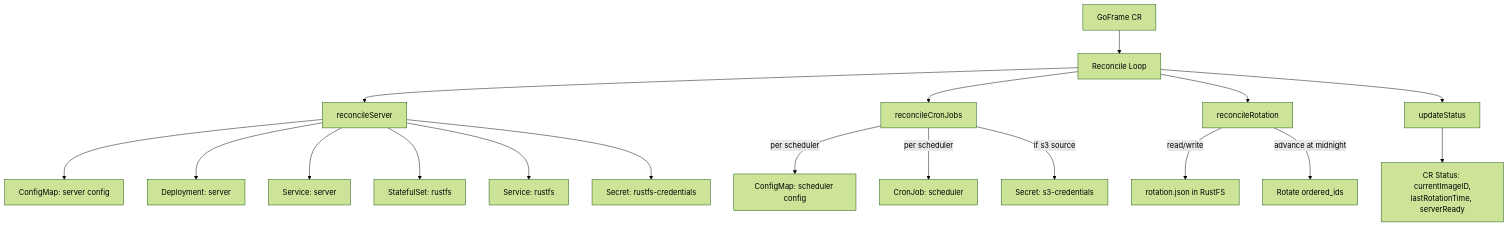
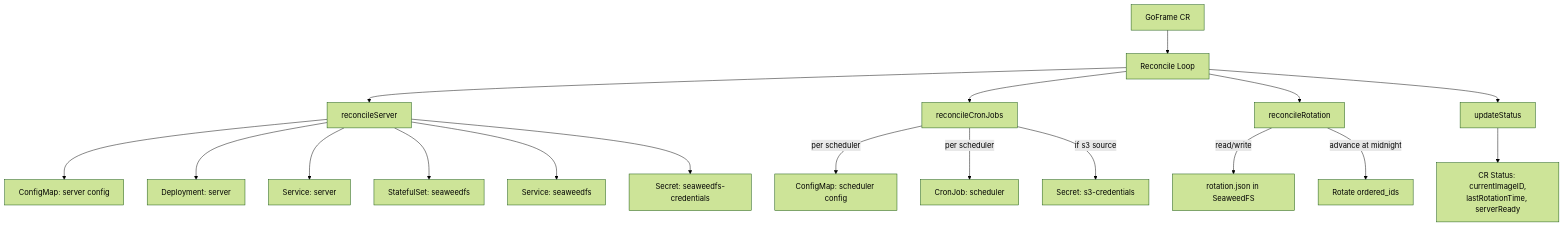
Before and after one commit to jo-hoe/goframe: the fifth of 6 diagrams in docs/architecture.md, drawn with Mermaid (forest theme). The commit also changed other lines of this file and 37 other files, not shown here.

First line of the commit message:
feat: migrate storage backend from RustFS to SeaweedFS

````diff
--- a/docs/architecture.md
+++ b/docs/architecture.md
@@ -126,25 +126,25 @@
 ```mermaid
 graph TD
     CR[GoFrame CR] --> R[Reconcile Loop]
 
     R --> RS[reconcileServer]
     R --> RC[reconcileCronJobs]
     R --> RR[reconcileRotation]
     R --> US[updateStatus]
 
     RS --> CM1[ConfigMap: server config]
     RS --> DEP[Deployment: server]
     RS --> SVC[Service: server]
-    RS --> RUSTFS_SS[StatefulSet: rustfs]
-    RS --> RUSTFS_SVC[Service: rustfs]
-    RS --> SEC[Secret: rustfs-credentials]
+    RS --> SWFS_SS[StatefulSet: seaweedfs]
+    RS --> SWFS_SVC[Service: seaweedfs]
+    RS --> SEC[Secret: seaweedfs-credentials]
 
     RC --> |per scheduler| SCM[ConfigMap: scheduler config]
     RC --> |per scheduler| SCRON[CronJob: scheduler]
     RC --> |if s3 source| SSEC[Secret: s3-credentials]
 
-    RR --> |read/write| ROT[rotation.json in RustFS]
+    RR --> |read/write| ROT[rotation.json in SeaweedFS]
     RR --> |advance at midnight| ORDER[Rotate ordered_ids]
 
     US --> STATUS[CR Status: currentImageID,<br/>lastRotationTime, serverReady]
 ```
````
